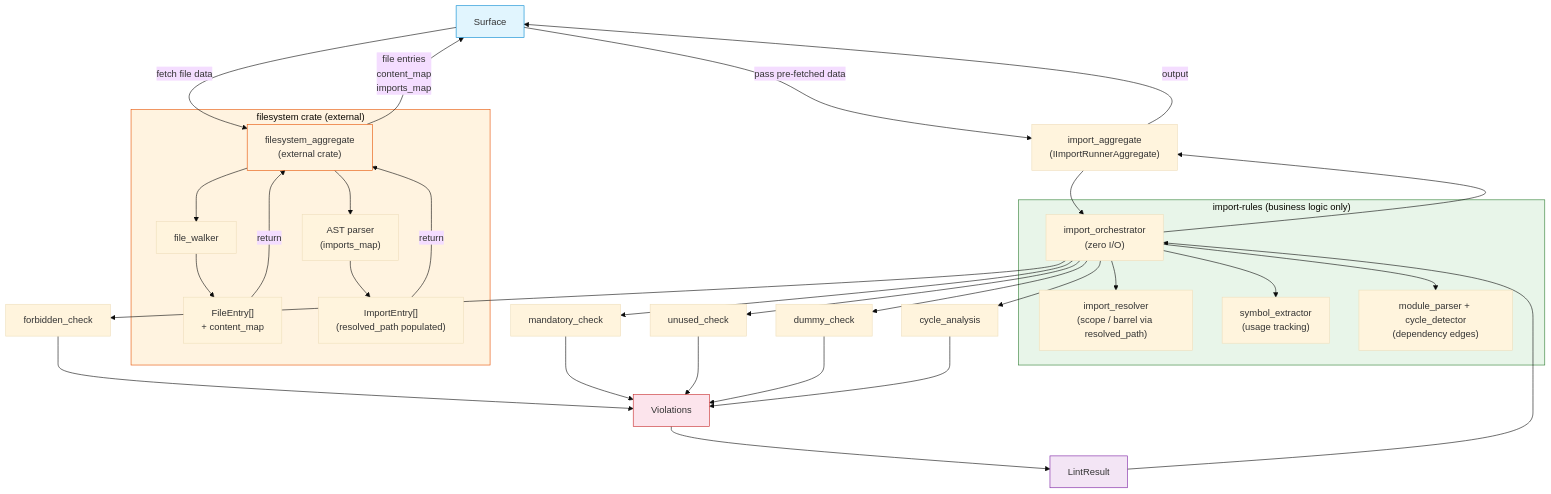
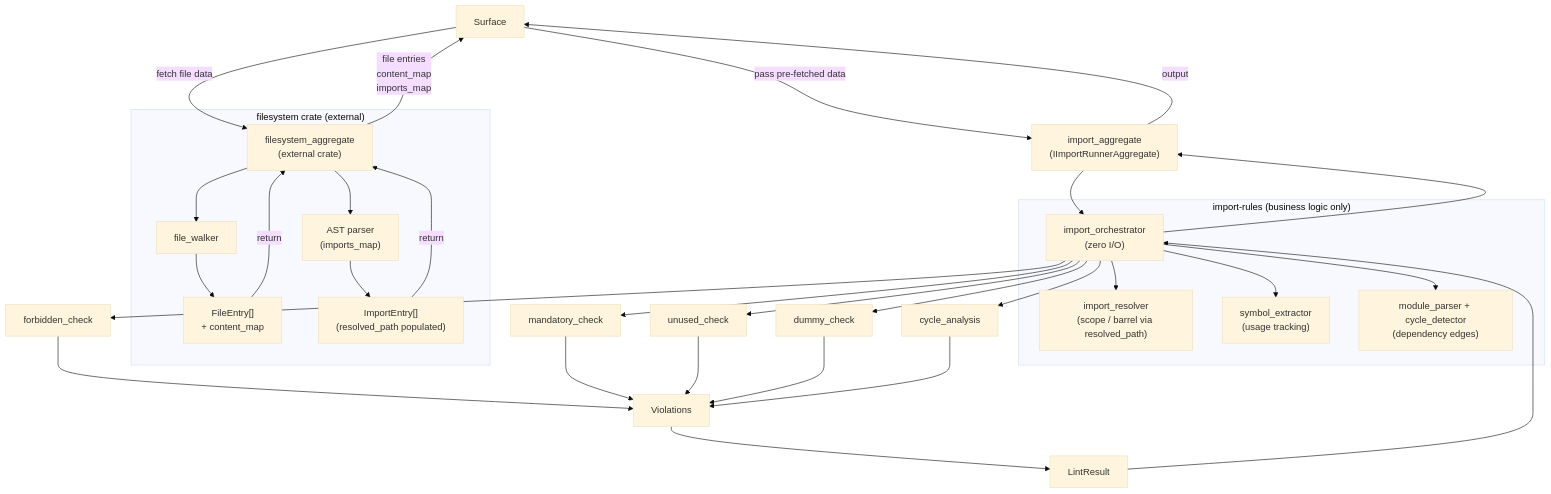
The diagram in crates/import-rules/FRD.md (rakaarwaky/lint-arwaky), drawn with Mermaid (base theme) before and after one commit. The commit also changed 19 other files, not shown here.

````diff
--- a/crates/import-rules/FRD.md
+++ b/crates/import-rules/FRD.md
@@ -9,47 +9,41 @@
 ```mermaid
 flowchart TD
     A["Surface"] -->|"fetch file data"| D["filesystem_aggregate\n(external crate)"]
 
     subgraph FS ["filesystem crate (external)"]
         D --> E1["file_walker"]
         D --> E2["AST parser\n(imports_map)"]
         E1 --> G1["FileEntry[]\n+ content_map"]
         E2 --> G2["ImportEntry[]\n(resolved_path populated)"]
     end
 
     G1 -->|"return"| D
     G2 -->|"return"| D
     D -->|"file entries\ncontent_map\nimports_map"| A
 
     A -->|"pass pre-fetched data"| B["import_aggregate\n(IImportRunnerAggregate)"]
     B --> C["import_orchestrator\n(zero I/O)"]
 
     subgraph IR ["import-rules (business logic only)"]
         C --> P1["import_resolver\n(scope / barrel via resolved_path)"]
         C --> P2["symbol_extractor\n(usage tracking)"]
         C --> P3["module_parser + cycle_detector\n(dependency edges)"]
     end
 
     C --> H1["forbidden_check"]
     C --> H2["mandatory_check"]
     C --> H3["unused_check"]
     C --> H4["dummy_check"]
     C --> H5["cycle_analysis"]
     H1 --> I["Violations"]
     H2 --> I
     H3 --> I
     H4 --> I
     H5 --> I
 
     I --> J["LintResult"]
     J --> C
     C --> B
     B -->|output| A
 
-    style A fill:#e1f5fe,stroke:#0288d1
-    style FS fill:#fff3e0,stroke:#e65100
-    style IR fill:#e8f5e9,stroke:#2e7d32
-    style D fill:#fff3e0,stroke:#e65100
-    style I fill:#fce4ec,stroke:#c62828
-    style J fill:#f3e5f5,stroke:#7b1fa2
 ```
````
